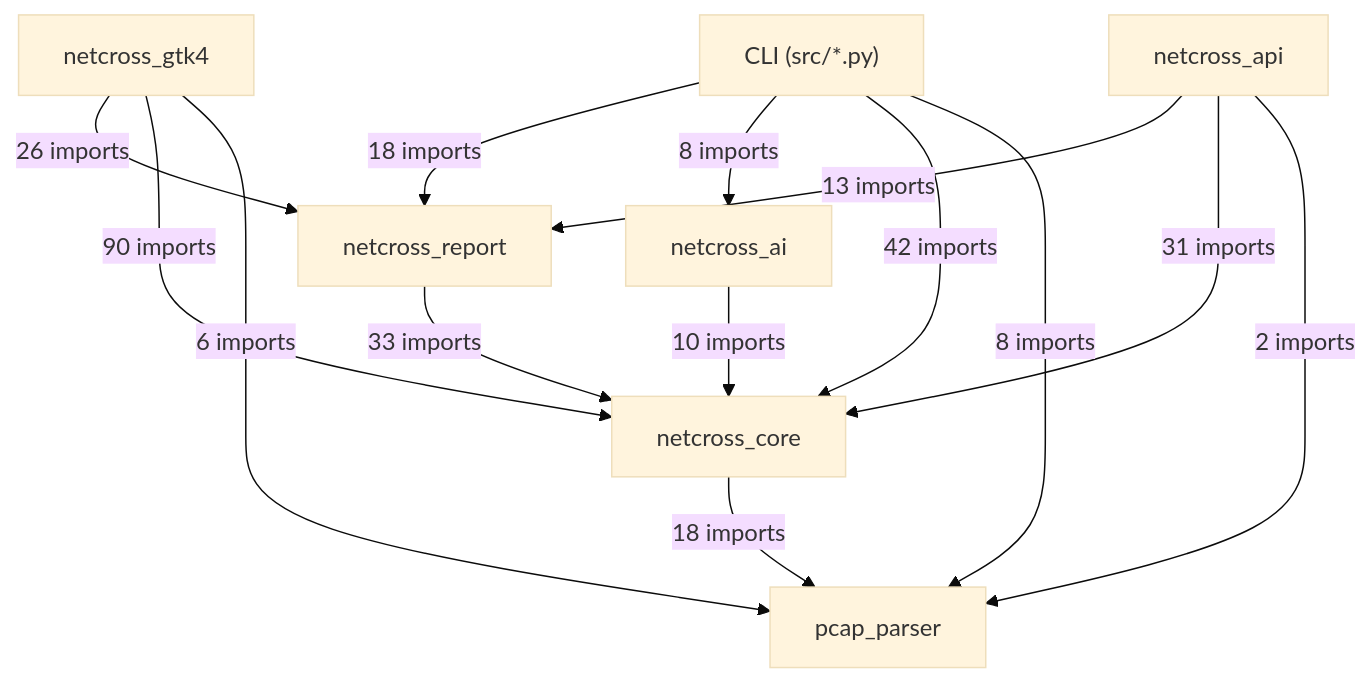
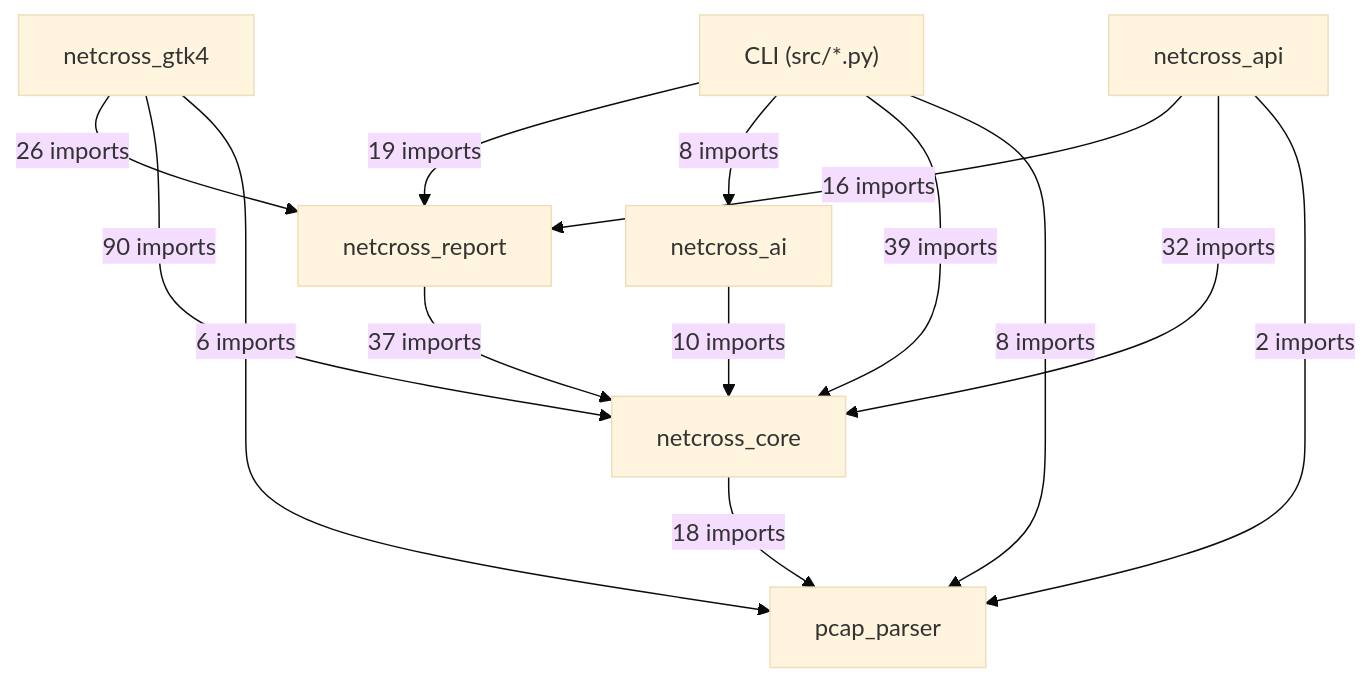
One commit to Mathide-Team/Netcross changed the first of 19 diagrams in docs/class-diagram.md. Above: the diagram before and after it, drawn with Mermaid (base theme). The commit also changed other lines of this file and 10 other files, not shown here.

Commit message:
feat(#872): lots de captures dans l'API -- POST /batches, moteur commun netcross_report.batch_runner

````diff
--- a/docs/class-diagram.md
+++ b/docs/class-diagram.md
@@ -26,23 +26,23 @@
 ```mermaid
 flowchart TD
     CLI["CLI (src/*.py)"]
     netcross_gtk4["netcross_gtk4"]
     netcross_api["netcross_api"]
     netcross_report["netcross_report"]
     netcross_ai["netcross_ai"]
     netcross_core["netcross_core"]
     pcap_parser["pcap_parser"]
-    CLI -->|"18 imports"| netcross_report
+    CLI -->|"19 imports"| netcross_report
     CLI -->|"8 imports"| netcross_ai
-    CLI -->|"42 imports"| netcross_core
+    CLI -->|"39 imports"| netcross_core
     CLI -->|"8 imports"| pcap_parser
     netcross_gtk4 -->|"26 imports"| netcross_report
     netcross_gtk4 -->|"90 imports"| netcross_core
     netcross_gtk4 -->|"6 imports"| pcap_parser
-    netcross_api -->|"13 imports"| netcross_report
-    netcross_api -->|"31 imports"| netcross_core
+    netcross_api -->|"16 imports"| netcross_report
+    netcross_api -->|"32 imports"| netcross_core
     netcross_api -->|"2 imports"| pcap_parser
-    netcross_report -->|"33 imports"| netcross_core
+    netcross_report -->|"37 imports"| netcross_core
     netcross_ai -->|"10 imports"| netcross_core
     netcross_core -->|"18 imports"| pcap_parser
 ```
````
